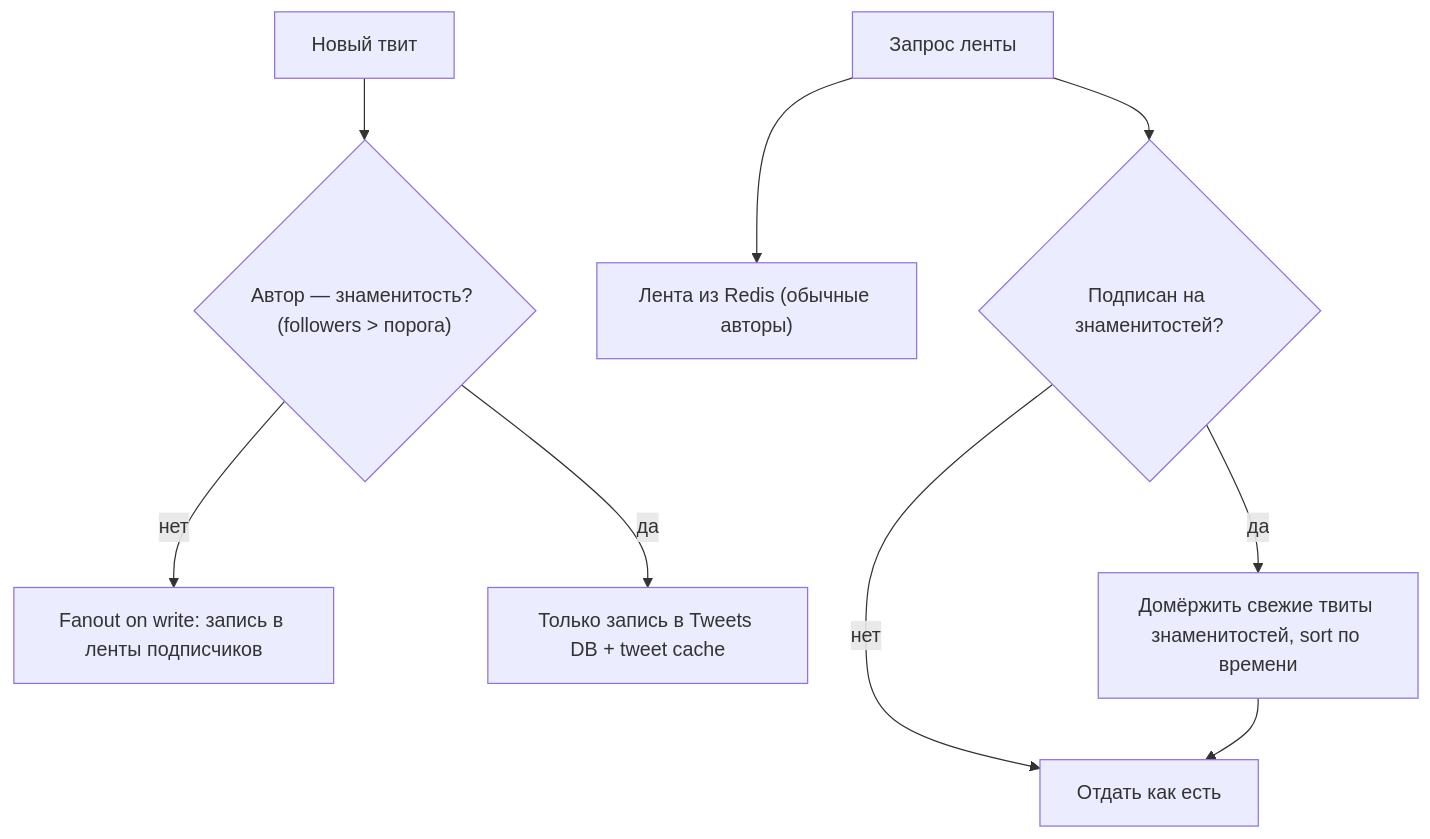
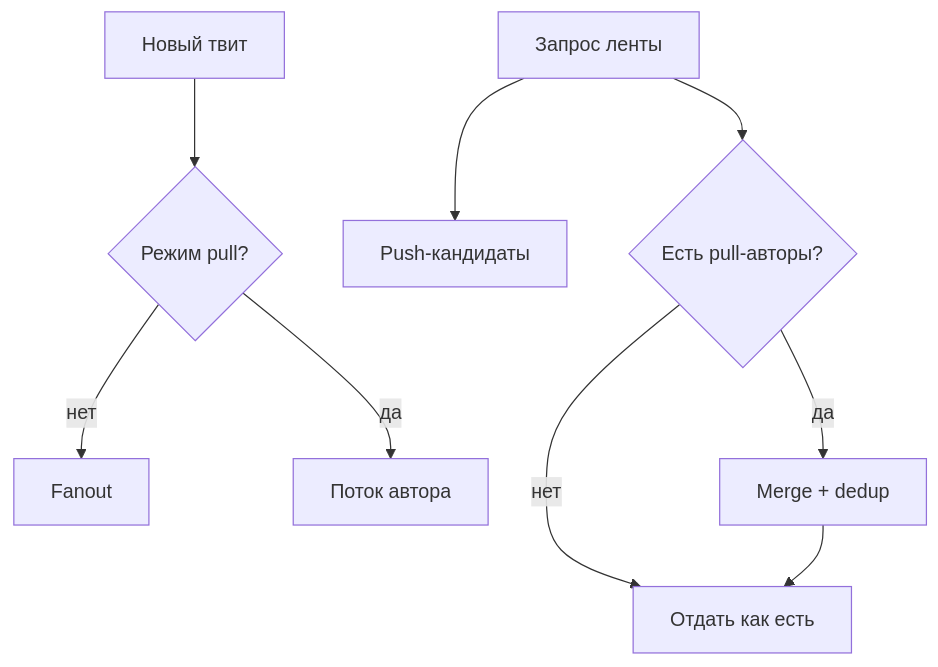
The sixth of 6 diagrams in 02-case-studies/twitter-feed.md (AlohaJava/system-design-interview-chamkin), drawn with Mermaid before and after one commit. The commit also changed other lines of this file and 49 other files, not shown here.

````diff
--- a/02-case-studies/twitter-feed.md
+++ b/02-case-studies/twitter-feed.md
@@ -288,11 +296,11 @@
 ```mermaid
 graph TD
-    T["Новый твит"] --> CELEB{"Автор — знаменитость? (followers > порога)"}
-    CELEB -- "нет" --> PUSH["Fanout on write: запись в ленты подписчиков"]
-    CELEB -- "да" --> STORE["Только запись в Tweets DB + tweet cache"]
-    READ["Запрос ленты"] --> CACHE["Лента из Redis (обычные авторы)"]
-    READ --> FLAG{"Подписан на знаменитостей?"}
-    FLAG -- "да" --> MERGE["Домёржить свежие твиты знаменитостей, sort по времени"]
+    T["Новый твит"] --> CELEB{"Режим pull?"}
+    CELEB -- "нет" --> PUSH["Fanout"]
+    CELEB -- "да" --> STORE["Поток автора"]
+    READ["Запрос ленты"] --> CACHE["Push-кандидаты"]
+    READ --> FLAG{"Есть pull-авторы?"}
+    FLAG -- "да" --> MERGE["Merge + dedup"]
     FLAG -- "нет" --> SERVE["Отдать как есть"]
     MERGE --> SERVE
 ```
````
